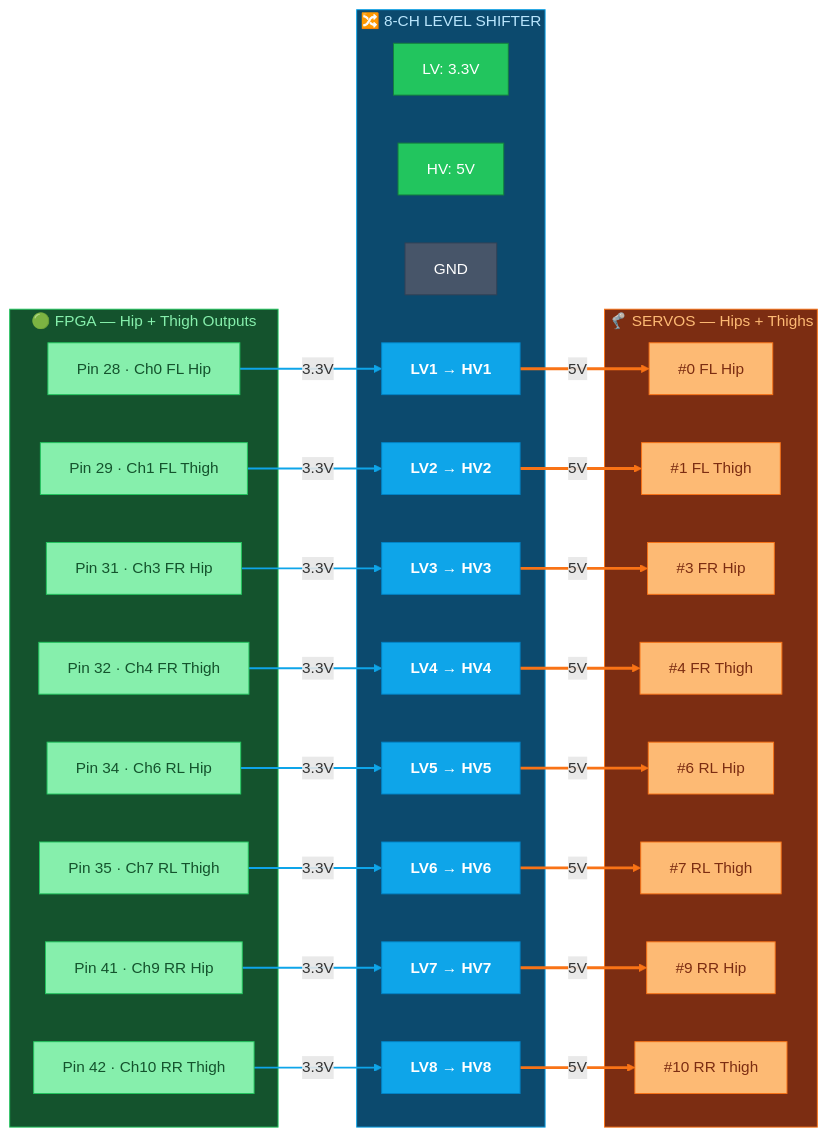
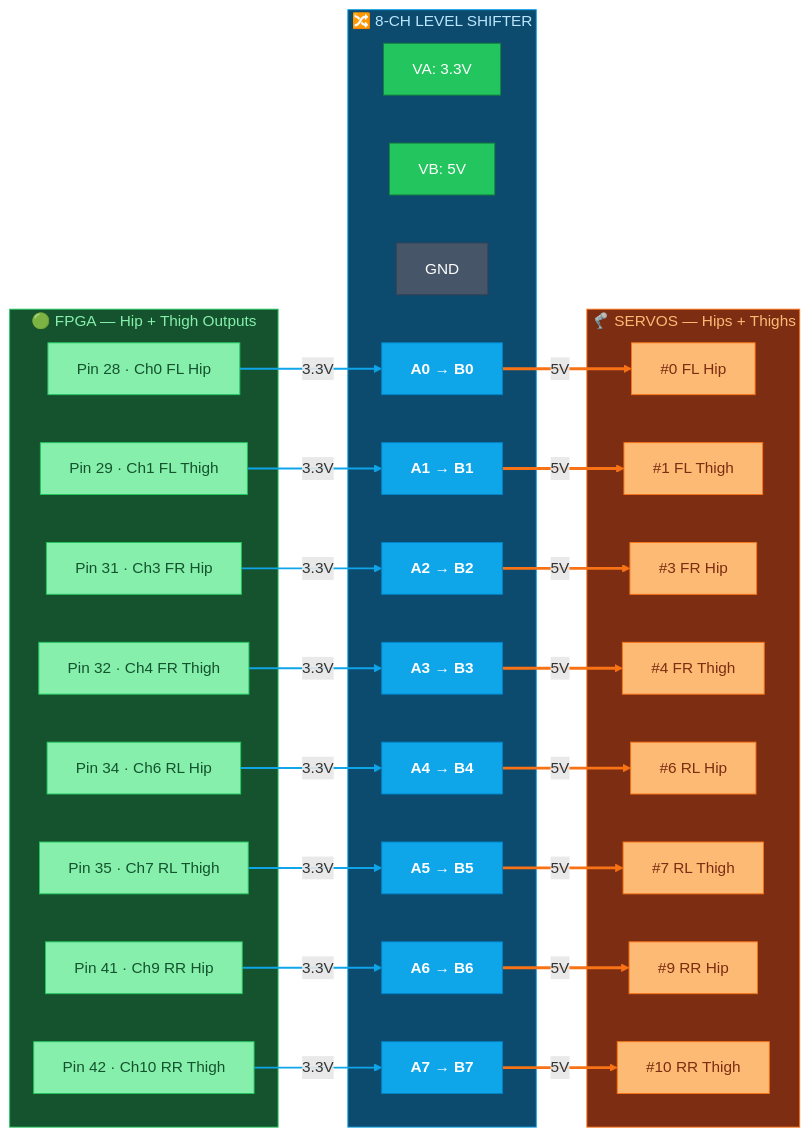
Before and after one commit to Major-Project-001/VIGIL-RQ: the third of 4 diagrams in control/docs/wiring_pwm.md, drawn with Mermaid. The commit also changed other lines of this file, not shown here.

````diff
--- a/control/docs/wiring_pwm.md
+++ b/control/docs/wiring_pwm.md
@@ -221,69 +221,69 @@
 ```mermaid
 graph LR
     classDef fpgaPin fill:#86efac,stroke:#22c55e,color:#14532d
     classDef ls8 fill:#0ea5e9,stroke:#0284c7,color:#fff,font-weight:bold
     classDef servoPin fill:#fdba74,stroke:#f97316,color:#7c2d12
     classDef vcc fill:#22c55e,stroke:#15803d,color:#fff
     classDef gnd fill:#475569,stroke:#334155,color:#fff
 
     subgraph FPGA_HT["🟢 FPGA — Hip + Thigh Outputs"]
         FA0["Pin 28 · Ch0 FL Hip"]:::fpgaPin
         FA1["Pin 29 · Ch1 FL Thigh"]:::fpgaPin
         FA3["Pin 31 · Ch3 FR Hip"]:::fpgaPin
         FA4["Pin 32 · Ch4 FR Thigh"]:::fpgaPin
         FA6["Pin 34 · Ch6 RL Hip"]:::fpgaPin
         FA7["Pin 35 · Ch7 RL Thigh"]:::fpgaPin
         FA9["Pin 41 · Ch9 RR Hip"]:::fpgaPin
         FA10["Pin 42 · Ch10 RR Thigh"]:::fpgaPin
     end
 
     subgraph LS1_D["🔀 8-CH LEVEL SHIFTER"]
-        LS1D_LV["LV: 3.3V"]:::vcc
-        LS1D_HV["HV: 5V"]:::vcc
+        LS1D_LV["VA: 3.3V"]:::vcc
+        LS1D_HV["VB: 5V"]:::vcc
         LS1D_GND["GND"]:::gnd
-        LS1D_1["LV1 → HV1"]:::ls8
-        LS1D_2["LV2 → HV2"]:::ls8
-        LS1D_3["LV3 → HV3"]:::ls8
-        LS1D_4["LV4 → HV4"]:::ls8
-        LS1D_5["LV5 → HV5"]:::ls8
-        LS1D_6["LV6 → HV6"]:::ls8
-        LS1D_7["LV7 → HV7"]:::ls8
-        LS1D_8["LV8 → HV8"]:::ls8
+        LS1D_1["A0 → B0"]:::ls8
+        LS1D_2["A1 → B1"]:::ls8
+        LS1D_3["A2 → B2"]:::ls8
+        LS1D_4["A3 → B3"]:::ls8
+        LS1D_5["A4 → B4"]:::ls8
+        LS1D_6["A5 → B5"]:::ls8
+        LS1D_7["A6 → B6"]:::ls8
+        LS1D_8["A7 → B7"]:::ls8
     end
 
     subgraph SRV_HT["🦿 SERVOS — Hips + Thighs"]
         S0["#0 FL Hip"]:::servoPin
         S1["#1 FL Thigh"]:::servoPin
         S3["#3 FR Hip"]:::servoPin
         S4["#4 FR Thigh"]:::servoPin
         S6["#6 RL Hip"]:::servoPin
         S7["#7 RL Thigh"]:::servoPin
         S9["#9 RR Hip"]:::servoPin
         S10["#10 RR Thigh"]:::servoPin
     end
 
     FA0 -->|"3.3V"| LS1D_1
     FA1 -->|"3.3V"| LS1D_2
     FA3 -->|"3.3V"| LS1D_3
     FA4 -->|"3.3V"| LS1D_4
     FA6 -->|"3.3V"| LS1D_5
     FA7 -->|"3.3V"| LS1D_6
     FA9 -->|"3.3V"| LS1D_7
     FA10 -->|"3.3V"| LS1D_8
 
     LS1D_1 ==>|"5V"| S0
     LS1D_2 ==>|"5V"| S1
     LS1D_3 ==>|"5V"| S3
     LS1D_4 ==>|"5V"| S4
     LS1D_5 ==>|"5V"| S6
     LS1D_6 ==>|"5V"| S7
     LS1D_7 ==>|"5V"| S9
     LS1D_8 ==>|"5V"| S10
 
     linkStyle 0,1,2,3,4,5,6,7 stroke:#0ea5e9,stroke-width:2px
     linkStyle 8,9,10,11,12,13,14,15 stroke:#f97316,stroke-width:3px
 
     style FPGA_HT fill:#14532d,stroke:#22c55e,color:#86efac
     style LS1_D fill:#0c4a6e,stroke:#0ea5e9,color:#bae6fd
     style SRV_HT fill:#7c2d12,stroke:#f97316,color:#fdba74
 ```
````
